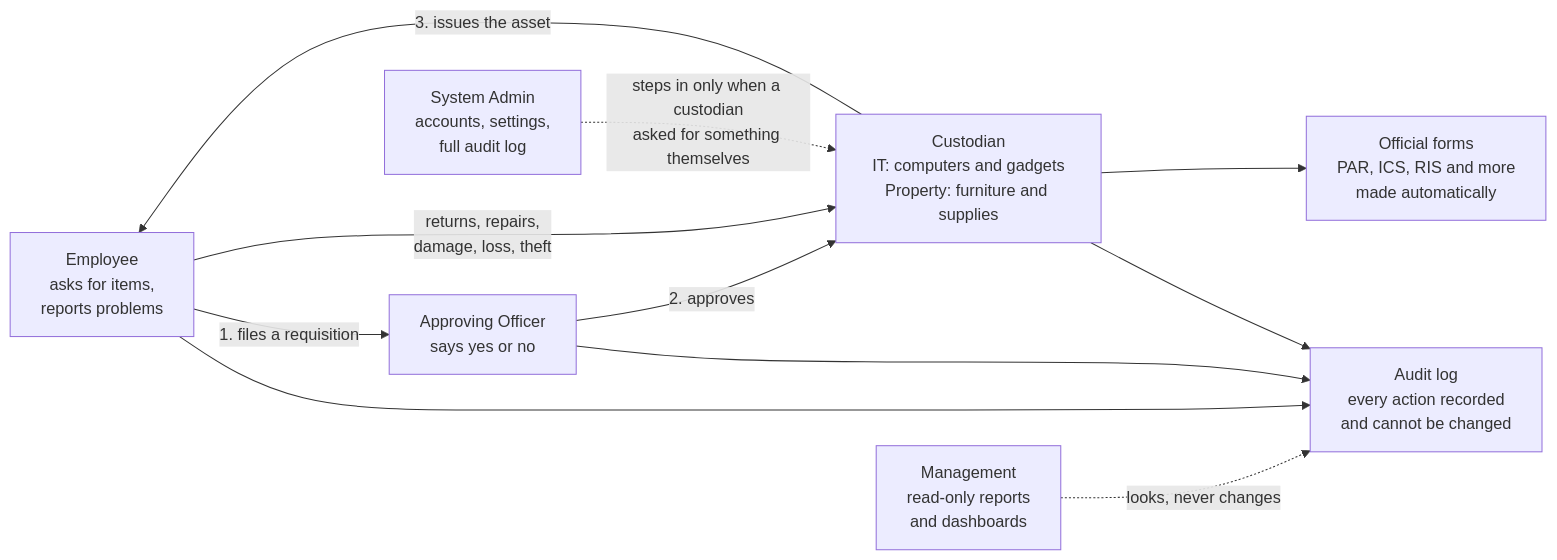
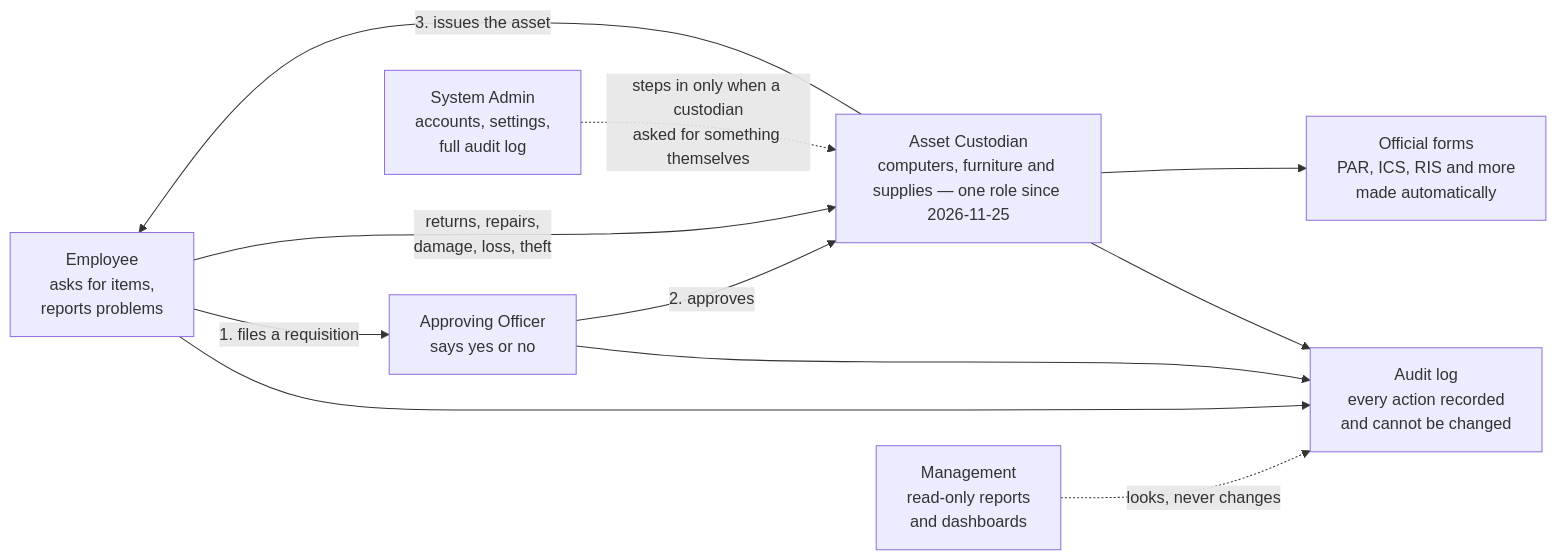
Before and after one commit to jherome29/ITAM-System: the first of 8 diagrams in docs/guides/SYSTEM-FLOW.md, drawn with Mermaid. The commit also changed other lines of this file and 18 other files, not shown here.

````diff
--- a/docs/guides/SYSTEM-FLOW.md
+++ b/docs/guides/SYSTEM-FLOW.md
@@ -10,21 +10,21 @@
 ```mermaid
 flowchart LR
   EMP["Employee<br/>asks for items,<br/>reports problems"]
   AO["Approving Officer<br/>says yes or no"]
-  CUST["Custodian<br/>IT: computers and gadgets<br/>Property: furniture and supplies"]
+  CUST["Asset Custodian<br/>computers, furniture and supplies — one role since 2026-11-25"]
   ADM["System Admin<br/>accounts, settings,<br/>full audit log"]
   MGT["Management<br/>read-only reports<br/>and dashboards"]
   DOCS["Official forms<br/>PAR, ICS, RIS and more<br/>made automatically"]
   AUD["Audit log<br/>every action recorded<br/>and cannot be changed"]
 
   EMP -->|"1. files a requisition"| AO
   AO -->|"2. approves"| CUST
   CUST -->|"3. issues the asset"| EMP
   EMP -->|"returns, repairs,<br/>damage, loss, theft"| CUST
   CUST --> DOCS
   ADM -.->|"steps in only when a custodian<br/>asked for something themselves"| CUST
   MGT -.->|"looks, never changes"| AUD
   EMP --> AUD
   AO --> AUD
   CUST --> AUD
 ```
````
